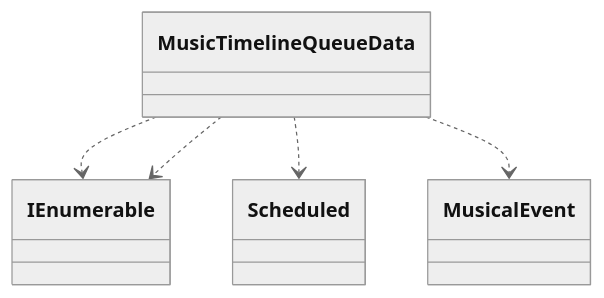
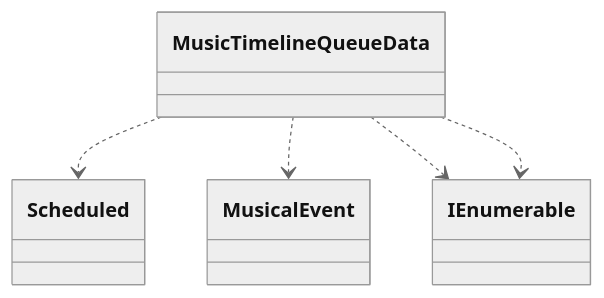
One commit to schnock-art/project_inspector changed the ninth of 39 diagrams in test/test.md. Above: the diagram before and after it, drawn with Mermaid (neutral theme). The commit also changed other lines of this file and 1 other file, not shown here.

Commit message:
Removed empty mermaid

````diff
--- a/test/test.md
+++ b/test/test.md
@@ -271,7 +271,7 @@
 ```mermaid
 classDiagram
+MusicTimelineQueueData ..> Scheduled
+MusicTimelineQueueData ..> MusicalEvent
 MusicTimelineQueueData ..> IEnumerable
 MusicTimelineQueueData ..> IEnumerable
-MusicTimelineQueueData ..> Scheduled
-MusicTimelineQueueData ..> MusicalEvent
 ```
````
